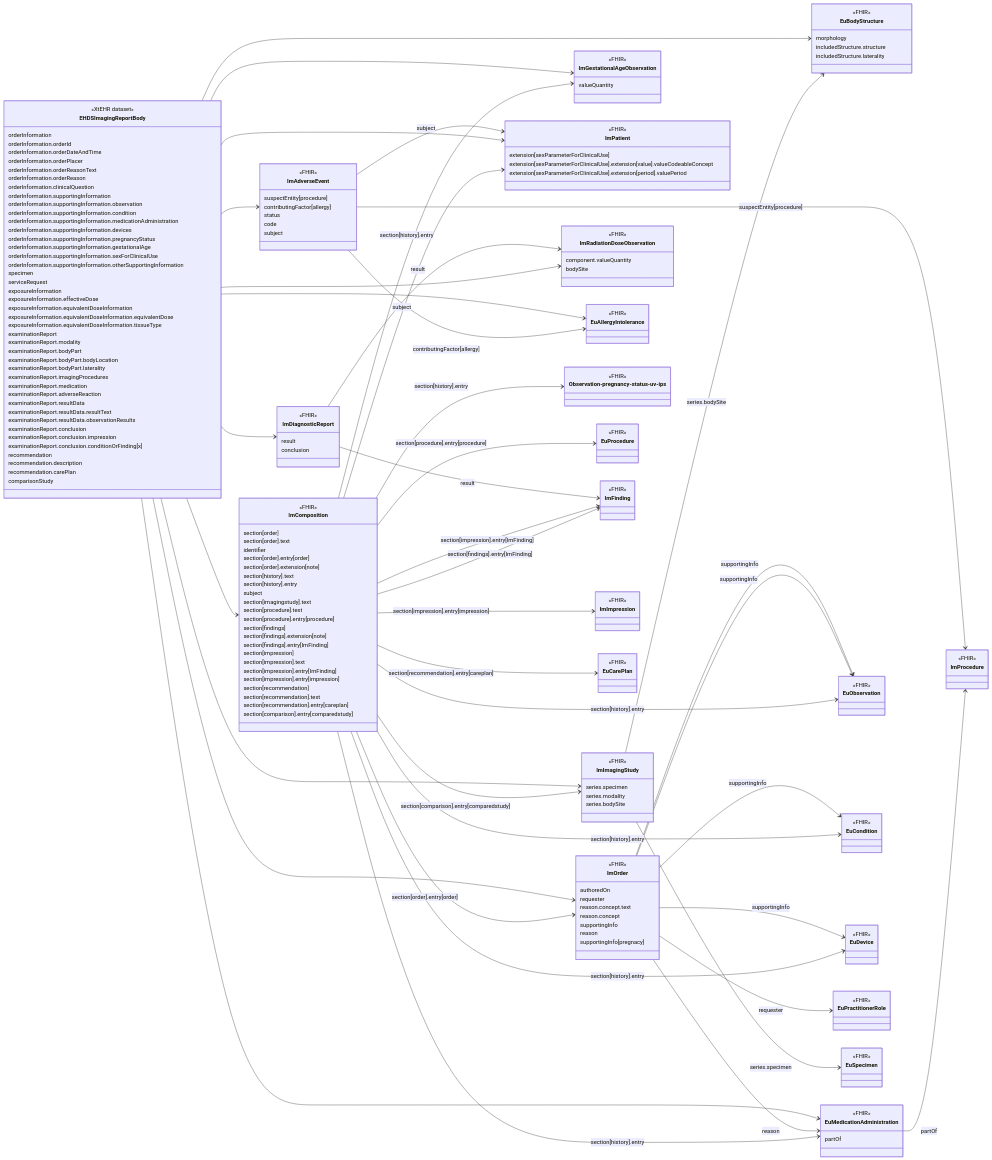
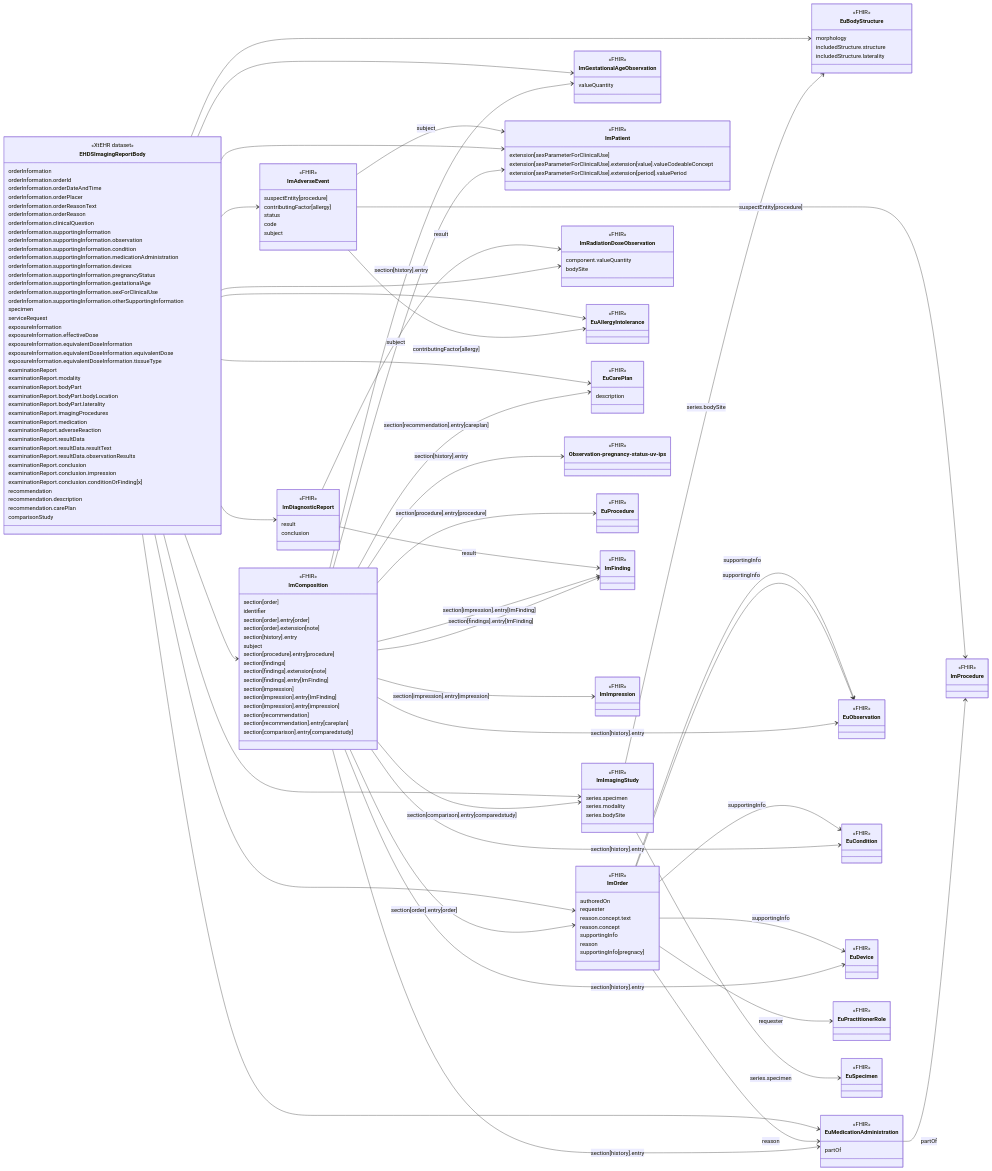
The diagram in input/intro-notes/ConceptMap-EHDSImagingReportBodyMap-intro.md (oijauregui/ehdsimaging), drawn with Mermaid before and after one commit. The commit also changed 8 other files, not shown here.

````diff
--- a/input/intro-notes/ConceptMap-EHDSImagingReportBodyMap-intro.md
+++ b/input/intro-notes/ConceptMap-EHDSImagingReportBodyMap-intro.md
@@ -53,25 +53,19 @@
 class ImComposition{
   <<FHIR>>
   section[order]
-  section[order].text
   identifier
   section[order].entry[order]
   section[order].extension[note]
-  section[history].text
   section[history].entry
   subject
-  section[imagingstudy].text
-  section[procedure].text
   section[procedure].entry[procedure]
   section[findings]
   section[findings].extension[note]
   section[findings].entry[ImFinding]
   section[impression]
-  section[impression].text
   section[impression].entry[ImFinding]
   section[impression].entry[impression]
   section[recommendation]
-  section[recommendation].text
   section[recommendation].entry[careplan]
   section[comparison].entry[comparedstudy]
 }
@@ -138,6 +132,11 @@
   <<FHIR>>
   result
   conclusion
+}
+
+class EuCarePlan{
+  <<FHIR>>
+  description
 }
 
 class ImOrder {
@@ -239,4 +238,5 @@
 EHDSImagingReportBody --> ImDiagnosticReport
 ImDiagnosticReport --> ImFinding : result
 ImDiagnosticReport -->  ImRadiationDoseObservation : result
+EHDSImagingReportBody --> EuCarePlan
 ```
````
